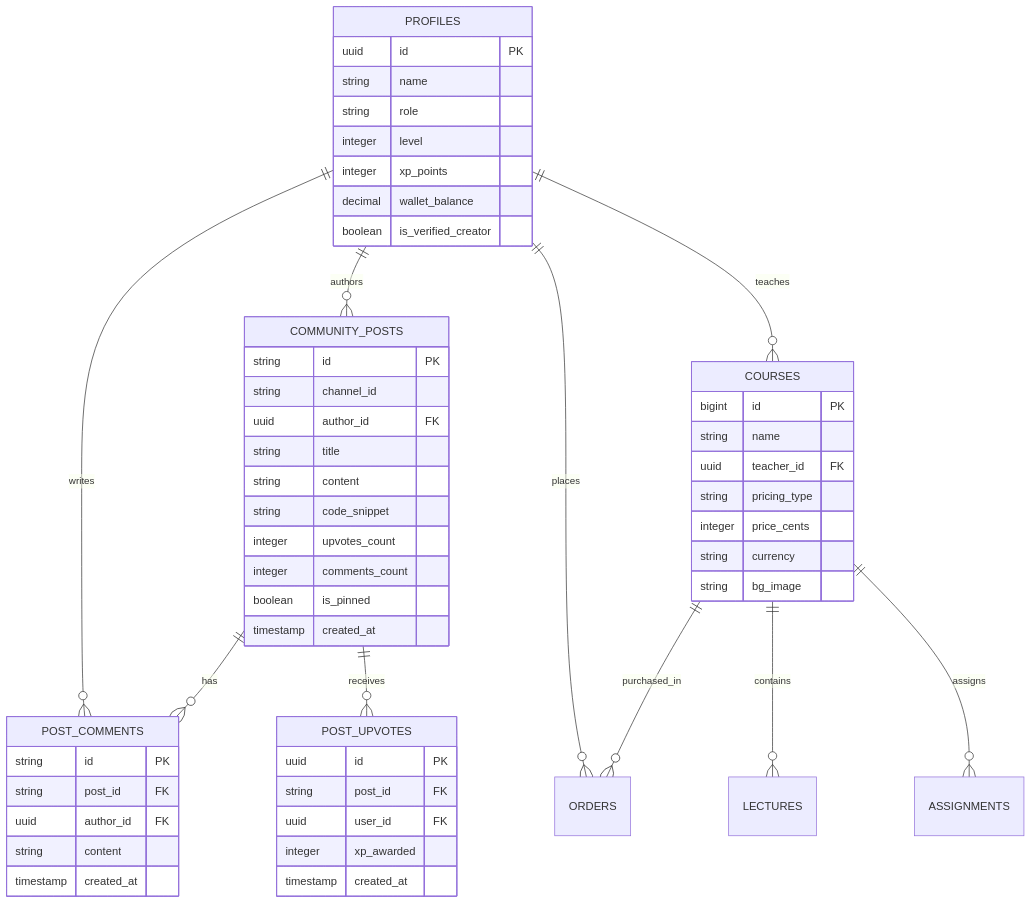
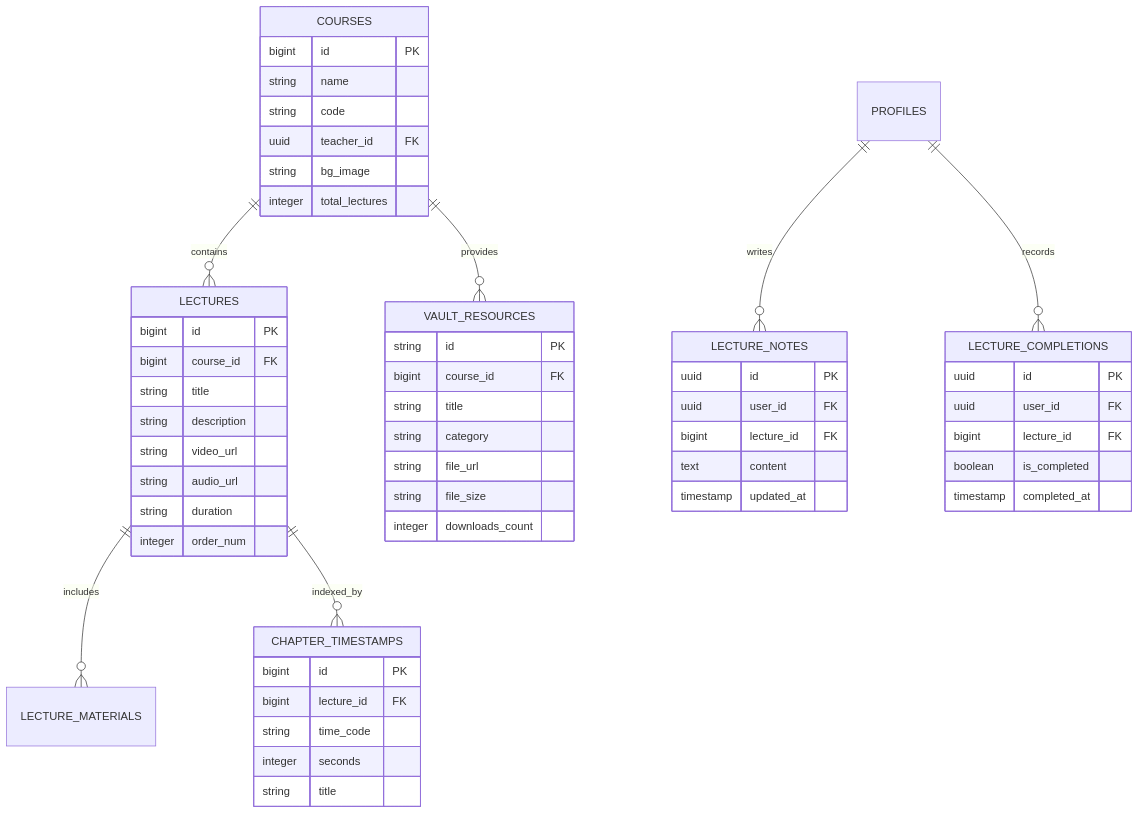
One commit to ta3allam/ta3 changed the third of 3 diagrams in arch.md. Above: the diagram before and after it, drawn with Mermaid. The commit also changed other lines of this file and 3 other files, not shown here.

Commit message:
docs(all): synchronize architecture, ERD, components, and README for Day 2 classroom delivery

````diff
--- a/arch.md
+++ b/arch.md
@@ -86,61 +80,63 @@
 ```mermaid
 erDiagram
-    PROFILES ||--o{ COMMUNITY_POSTS : "authors"
-    PROFILES ||--o{ POST_COMMENTS : "writes"
-    COMMUNITY_POSTS ||--o{ POST_COMMENTS : "has"
-    COMMUNITY_POSTS ||--o{ POST_UPVOTES : "receives"
-    PROFILES ||--o{ COURSES : "teaches"
-    PROFILES ||--o{ ORDERS : "places"
-    COURSES ||--o{ ORDERS : "purchased_in"
     COURSES ||--o{ LECTURES : "contains"
-    COURSES ||--o{ ASSIGNMENTS : "assigns"
-
-    PROFILES {
-        uuid id PK
-        string name
-        string role
-        integer level
-        integer xp_points
-        decimal wallet_balance
-        boolean is_verified_creator
-    }
-
-    COMMUNITY_POSTS {
-        string id PK
-        string channel_id
-        uuid author_id FK
-        string title
-        string content
-        string code_snippet
-        integer upvotes_count
-        integer comments_count
-        boolean is_pinned
-        timestamp created_at
-    }
-
-    POST_COMMENTS {
-        string id PK
-        string post_id FK
-        uuid author_id FK
-        string content
-        timestamp created_at
-    }
-
-    POST_UPVOTES {
-        uuid id PK
-        string post_id FK
-        uuid user_id FK
-        integer xp_awarded
-        timestamp created_at
-    }
+    LECTURES ||--o{ LECTURE_MATERIALS : "includes"
+    COURSES ||--o{ VAULT_RESOURCES : "provides"
+    LECTURES ||--o{ CHAPTER_TIMESTAMPS : "indexed_by"
+    PROFILES ||--o{ LECTURE_NOTES : "writes"
+    PROFILES ||--o{ LECTURE_COMPLETIONS : "records"
 
     COURSES {
         bigint id PK
         string name
+        string code
         uuid teacher_id FK
-        string pricing_type
-        integer price_cents
-        string currency
         string bg_image
+        integer total_lectures
+    }
+
+    LECTURES {
+        bigint id PK
+        bigint course_id FK
+        string title
+        string description
+        string video_url
+        string audio_url
+        string duration
+        integer order_num
+    }
+
+    CHAPTER_TIMESTAMPS {
+        bigint id PK
+        bigint lecture_id FK
+        string time_code
+        integer seconds
+        string title
+    }
+
+    VAULT_RESOURCES {
+        string id PK
+        bigint course_id FK
+        string title
+        string category
+        string file_url
+        string file_size
+        integer downloads_count
+    }
+
+    LECTURE_COMPLETIONS {
+        uuid id PK
+        uuid user_id FK
+        bigint lecture_id FK
+        boolean is_completed
+        timestamp completed_at
+    }
+
+    LECTURE_NOTES {
+        uuid id PK
+        uuid user_id FK
+        bigint lecture_id FK
+        text content
+        timestamp updated_at
     }
 ```
````
